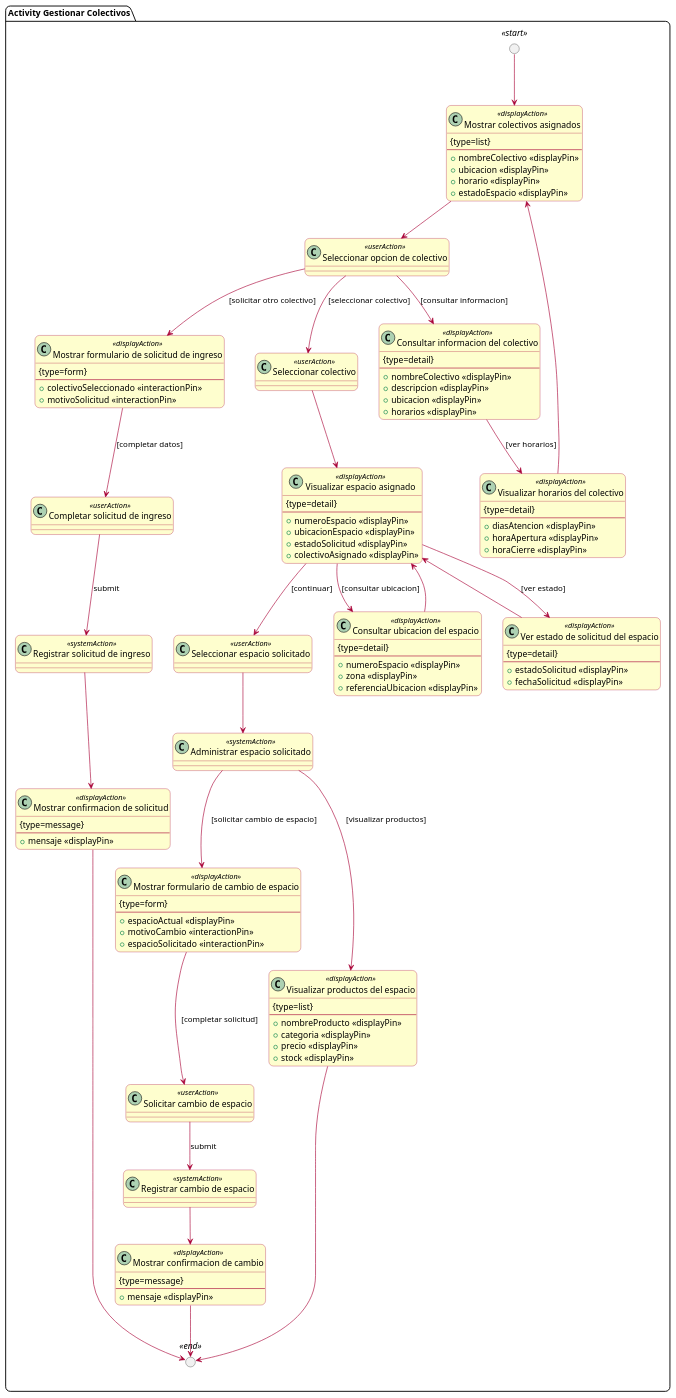
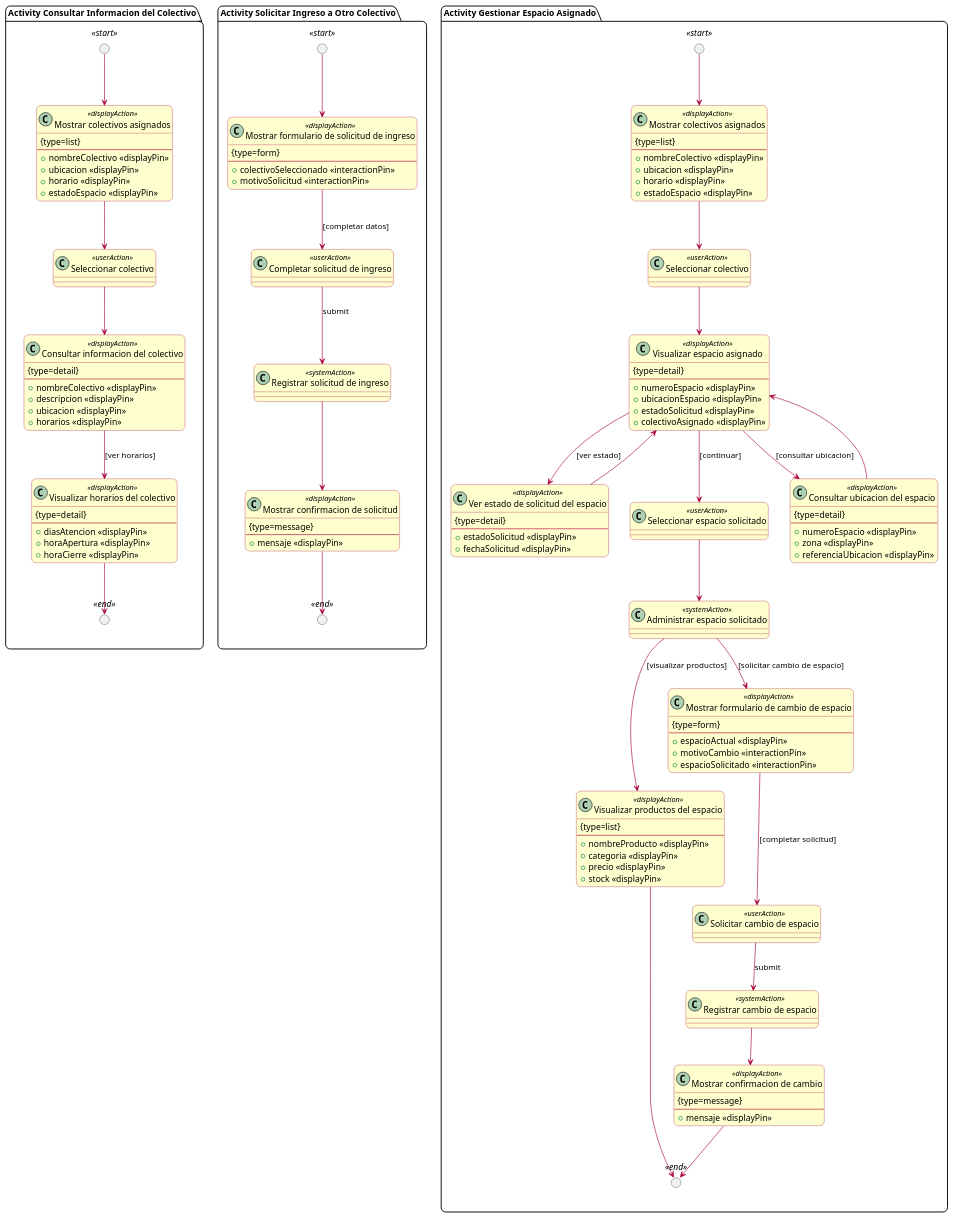
One commit to AtomicDevelopers/UWE-Tienda-Colectiva changed the diagram in emprendedor/actividades/gestionar_colectivos.puml. Above: the diagram before and after it, drawn with PlantUML. The commit also changed 23 other files, not shown here.

Commit message:
feat: process diagram

```diff
--- a/emprendedor/actividades/gestionar_colectivos.puml
+++ b/emprendedor/actividades/gestionar_colectivos.puml
@@ -1,152 +1,173 @@
-@startuml actividad_gestionar_colectivos
+@startuml actividad_consultar_colectivo
 allow_mixing
 
 skinparam shadow false
 skinparam roundCorner 15
 skinparam class {
   BackgroundColor #FEFECE
   BorderColor #A80036
   ArrowColor #A80036
 }
-skinparam usecase {
-  BackgroundColor #FEFECE
-  BorderColor #A80036
-  ArrowColor #A80036
-}
 
-package "Activity Gestionar Colectivos" {
+package "Activity Consultar Informacion del Colectivo" {
 
   circle " " as C_Start <<start>>
   circle " " as C_End <<end>>
   skinparam circleBackgroundColor black
 
   class "Mostrar colectivos asignados" as C_ViewCollectives <<displayAction>> {
     {type=list}
     --
     + nombreColectivo <<displayPin>>
     + ubicacion <<displayPin>>
     + horario <<displayPin>>
     + estadoEspacio <<displayPin>>
   }
 
-  class "Seleccionar opcion de colectivo" as C_SelectOption <<userAction>>
+  class "Seleccionar colectivo" as C_SelectCollective <<userAction>>
 
   class "Consultar informacion del colectivo" as C_ViewCollectiveInfo <<displayAction>> {
     {type=detail}
     --
     + nombreColectivo <<displayPin>>
     + descripcion <<displayPin>>
     + ubicacion <<displayPin>>
     + horarios <<displayPin>>
   }
 
   class "Visualizar horarios del colectivo" as C_ViewSchedule <<displayAction>> {
     {type=detail}
     --
     + diasAtencion <<displayPin>>
     + horaApertura <<displayPin>>
     + horaCierre <<displayPin>>
   }
 
+  C_Start --> C_ViewCollectives
+  C_ViewCollectives --> C_SelectCollective
+  C_SelectCollective --> C_ViewCollectiveInfo
+  C_ViewCollectiveInfo --> C_ViewSchedule : [ver horarios]
+  C_ViewSchedule --> C_End
+}
+
+
+package "Activity Solicitar Ingreso a Otro Colectivo" {
+
+  circle " " as C_Start <<start>>
+  circle " " as C_End <<end>>
+  skinparam circleBackgroundColor black
+
   class "Mostrar formulario de solicitud de ingreso" as C_RequestCollectiveForm <<displayAction>> {
     {type=form}
     --
     + colectivoSeleccionado <<interactionPin>>
     + motivoSolicitud <<interactionPin>>
   }
 
   class "Completar solicitud de ingreso" as C_FillCollectiveRequest <<userAction>>
   class "Registrar solicitud de ingreso" as C_SaveCollectiveRequest <<systemAction>>
   class "Mostrar confirmacion de solicitud" as C_RequestCollectiveMsg <<displayAction>> {
     {type=message}
     --
     + mensaje <<displayPin>>
+  }
+
+  C_Start --> C_RequestCollectiveForm
+  C_RequestCollectiveForm --> C_FillCollectiveRequest : [completar datos]
+  C_FillCollectiveRequest --> C_SaveCollectiveRequest : submit
+  C_SaveCollectiveRequest --> C_RequestCollectiveMsg
+  C_RequestCollectiveMsg --> C_End
+}
+
+package "Activity Gestionar Espacio Asignado" {
+
+  circle " " as C_Start <<start>>
+  circle " " as C_End <<end>>
+  skinparam circleBackgroundColor black
+
+  class "Mostrar colectivos asignados" as C_ViewCollectives <<displayAction>> {
+    {type=list}
+    --
+    + nombreColectivo <<displayPin>>
+    + ubicacion <<displayPin>>
+    + horario <<displayPin>>
+    + estadoEspacio <<displayPin>>
   }
 
   class "Seleccionar colectivo" as C_SelectCollective <<userAction>>
 
   class "Visualizar espacio asignado" as C_ViewAssignedSpace <<displayAction>> {
     {type=detail}
     --
     + numeroEspacio <<displayPin>>
     + ubicacionEspacio <<displayPin>>
     + estadoSolicitud <<displayPin>>
     + colectivoAsignado <<displayPin>>
   }
 
   class "Ver estado de solicitud del espacio" as C_ViewSpaceStatus <<displayAction>> {
     {type=detail}
     --
     + estadoSolicitud <<displayPin>>
     + fechaSolicitud <<displayPin>>
   }
 
   class "Consultar ubicacion del espacio" as C_ViewSpaceLocation <<displayAction>> {
     {type=detail}
     --
     + numeroEspacio <<displayPin>>
     + zona <<displayPin>>
     + referenciaUbicacion <<displayPin>>
   }
 
   class "Seleccionar espacio solicitado" as C_SelectSpace <<userAction>>
   class "Administrar espacio solicitado" as C_ManageSpace <<systemAction>>
 
   class "Visualizar productos del espacio" as C_ViewSpaceProducts <<displayAction>> {
     {type=list}
     --
     + nombreProducto <<displayPin>>
     + categoria <<displayPin>>
     + precio <<displayPin>>
     + stock <<displayPin>>
   }
 
   class "Mostrar formulario de cambio de espacio" as C_RequestChangeForm <<displayAction>> {
     {type=form}
     --
     + espacioActual <<displayPin>>
     + motivoCambio <<interactionPin>>
     + espacioSolicitado <<interactionPin>>
   }
 
   class "Solicitar cambio de espacio" as C_RequestSpaceChange <<userAction>>
   class "Registrar cambio de espacio" as C_SaveSpaceChange <<systemAction>>
   class "Mostrar confirmacion de cambio" as C_RequestChangeMsg <<displayAction>> {
     {type=message}
     --
     + mensaje <<displayPin>>
   }
 
   C_Start --> C_ViewCollectives
-  C_ViewCollectives --> C_SelectOption
+  C_ViewCollectives --> C_SelectCollective
+  C_SelectCollective --> C_ViewAssignedSpace
 
-  C_SelectOption --> C_ViewCollectiveInfo : [consultar informacion]
-  C_ViewCollectiveInfo --> C_ViewSchedule : [ver horarios]
-  C_ViewSchedule --> C_ViewCollectives
-
-  C_SelectOption --> C_RequestCollectiveForm : [solicitar otro colectivo]
-  C_RequestCollectiveForm --> C_FillCollectiveRequest : [completar datos]
-  C_FillCollectiveRequest --> C_SaveCollectiveRequest : submit
-  C_SaveCollectiveRequest --> C_RequestCollectiveMsg
-  C_RequestCollectiveMsg --> C_End
-
-  C_SelectOption --> C_SelectCollective : [seleccionar colectivo]
-  C_SelectCollective --> C_ViewAssignedSpace
   C_ViewAssignedSpace --> C_ViewSpaceStatus : [ver estado]
   C_ViewSpaceStatus --> C_ViewAssignedSpace
+
   C_ViewAssignedSpace --> C_ViewSpaceLocation : [consultar ubicacion]
   C_ViewSpaceLocation --> C_ViewAssignedSpace
 
   C_ViewAssignedSpace --> C_SelectSpace : [continuar]
   C_SelectSpace --> C_ManageSpace
 
   C_ManageSpace --> C_ViewSpaceProducts : [visualizar productos]
   C_ViewSpaceProducts --> C_End
 
   C_ManageSpace --> C_RequestChangeForm : [solicitar cambio de espacio]
   C_RequestChangeForm --> C_RequestSpaceChange : [completar solicitud]
   C_RequestSpaceChange --> C_SaveSpaceChange : submit
   C_SaveSpaceChange --> C_RequestChangeMsg
   C_RequestChangeMsg --> C_End
 }
 @enduml
```
